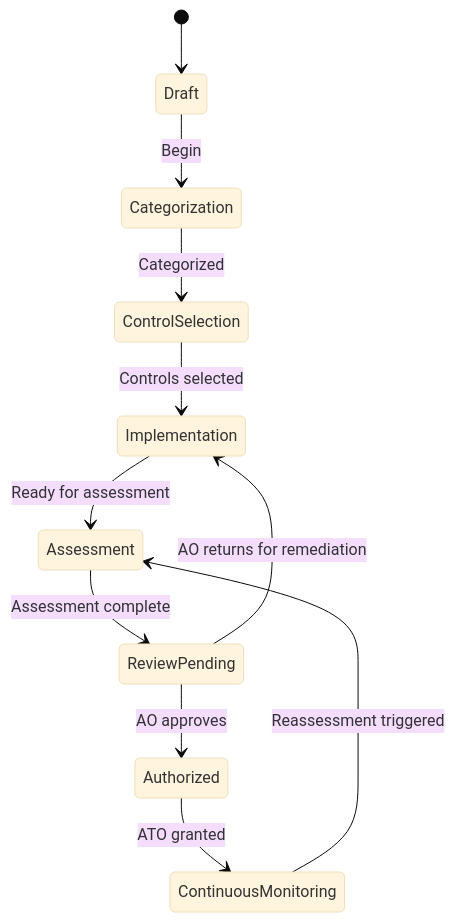
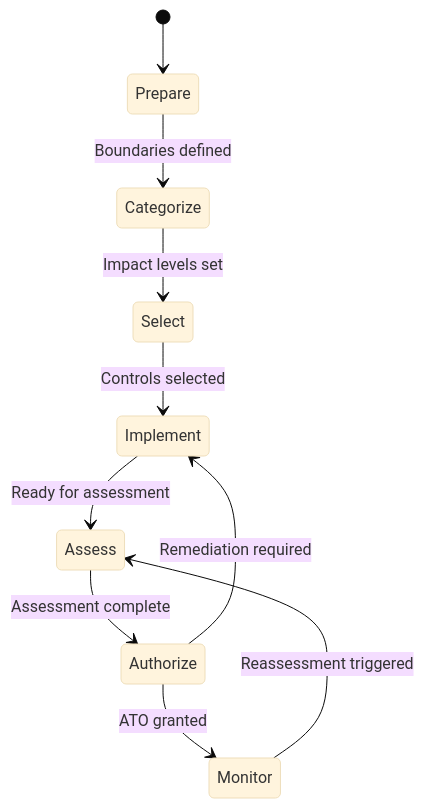
Before and after one commit to shebashio/docs: the diagram in rmf/projects.mdx, drawn with Mermaid (base theme). The commit also changed other lines of this file and 24 other files, not shown here.

First line of the commit message:
feat(docs): rebrand RMF to ezRMF with updated architecture and new pages

````diff
--- a/rmf/projects.mdx
+++ b/rmf/projects.mdx
@@ -47,13 +67,12 @@
 ```mermaid
 stateDiagram-v2
-    [*] --> Draft
-    Draft --> Categorization : Begin
-    Categorization --> ControlSelection : Categorized
-    ControlSelection --> Implementation : Controls selected
-    Implementation --> Assessment : Ready for assessment
-    Assessment --> ReviewPending : Assessment complete
-    ReviewPending --> Authorized : AO approves
-    ReviewPending --> Implementation : AO returns for remediation
-    Authorized --> ContinuousMonitoring : ATO granted
-    ContinuousMonitoring --> Assessment : Reassessment triggered
+    [*] --> Prepare
+    Prepare --> Categorize : Boundaries defined
+    Categorize --> Select : Impact levels set
+    Select --> Implement : Controls selected
+    Implement --> Assess : Ready for assessment
+    Assess --> Authorize : Assessment complete
+    Authorize --> Monitor : ATO granted
+    Authorize --> Implement : Remediation required
+    Monitor --> Assess : Reassessment triggered
 ```
````
